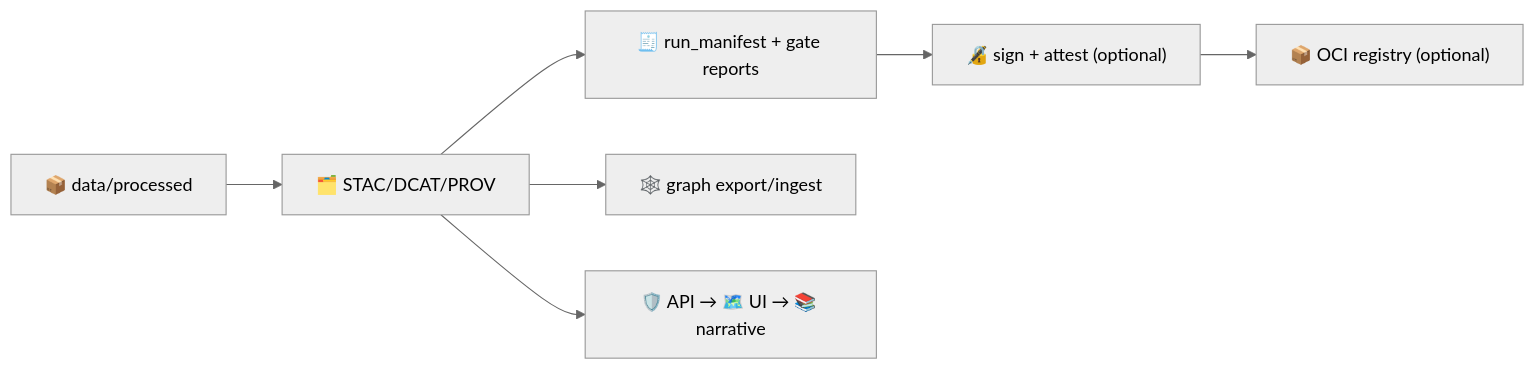
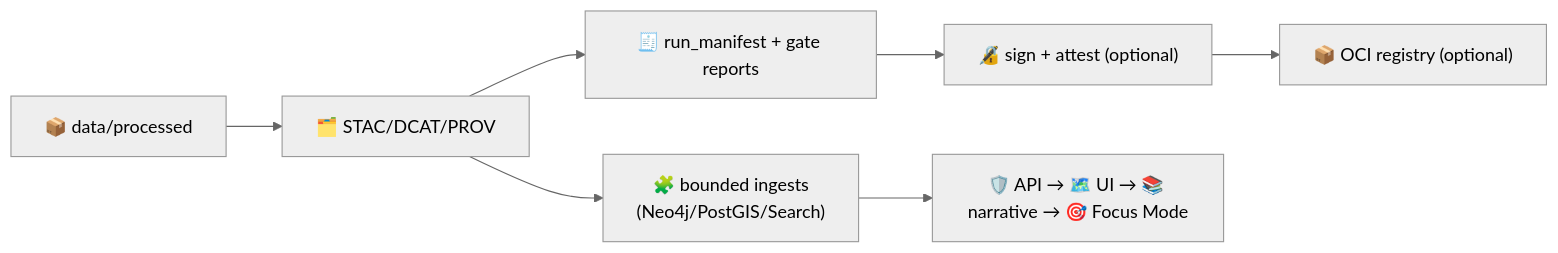
The fourth of 4 diagrams in pipelines/README.md (bartytime4life/Kansas-Frontier-Matrix), drawn with Mermaid (neutral theme) before and after one commit. The commit also changed other lines of this file, not shown here.

````diff
--- a/pipelines/README.md
+++ b/pipelines/README.md
@@ -418,9 +546,9 @@
 ```mermaid
 flowchart LR
   A["📦 data/processed"] --> B["🗂️ STAC/DCAT/PROV"]
   B --> C["🧾 run_manifest + gate reports"]
   C --> D["🔏 sign + attest (optional)"]
   D --> E["📦 OCI registry (optional)"]
-  B --> F["🕸️ graph export/ingest"]
-  B --> G["🛡️ API → 🗺️ UI → 📚 narrative"]
+  B --> F["🧩 bounded ingests\n(Neo4j/PostGIS/Search)"]
+  F --> G["🛡️ API → 🗺️ UI → 📚 narrative → 🎯 Focus Mode"]
 ```
````
